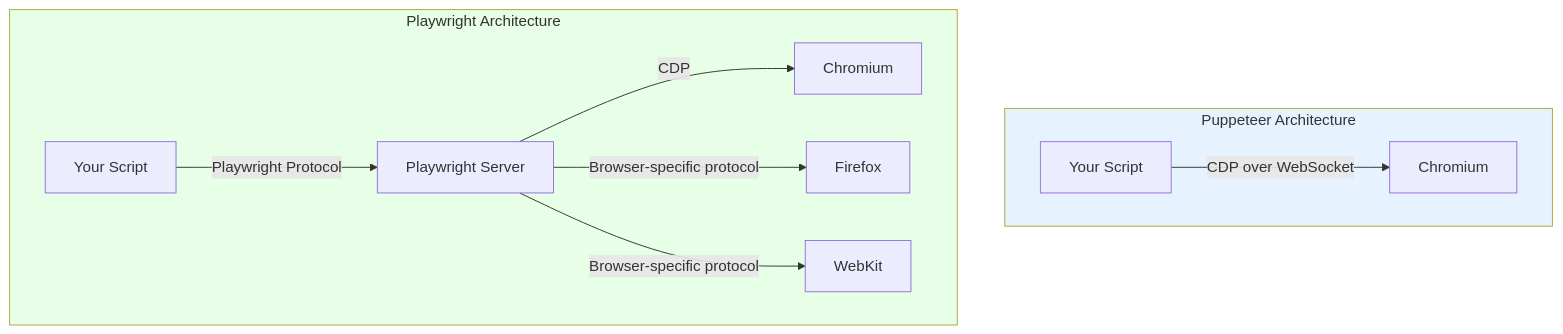
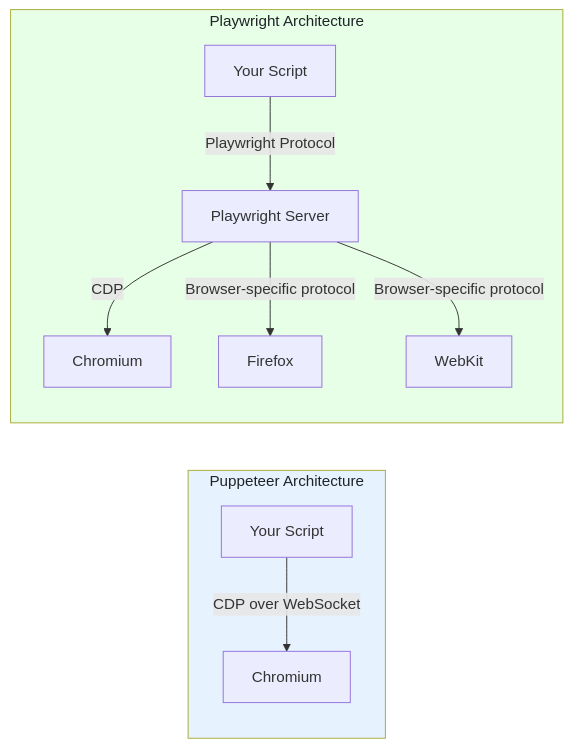
The first of 3 diagrams in _posts/2026-03-01-playwright-vs-puppeteer-speed-stealth-developer-experience.md (bytetunnels/bytetunnels.github.com), drawn with Mermaid before and after one commit. The commit also changed other lines of this file and 118 other files, not shown here.

Commit message:
feat: improve diagram styling and compact wide flowcharts

````diff
--- a/_posts/2026-03-01-playwright-vs-puppeteer-speed-stealth-developer-experience.md
+++ b/_posts/2026-03-01-playwright-vs-puppeteer-speed-stealth-developer-experience.md
@@ -21,16 +21,16 @@
 ```mermaid
-flowchart TD
+flowchart LR
     subgraph PUPPETEER["Puppeteer Architecture"]
         A["Your Script"] -->|"CDP over WebSocket"| B["Chromium"]
     end
 
     subgraph PLAYWRIGHT["Playwright Architecture"]
         C["Your Script"] -->|"Playwright Protocol"| D["Playwright Server"]
         D -->|"CDP"| E["Chromium"]
         D -->|"Browser-specific protocol"| F["Firefox"]
         D -->|"Browser-specific protocol"| G["WebKit"]
     end
 
-    style PUPPETEER fill:#e6f3ff
-    style PLAYWRIGHT fill:#e6ffe6
+    style PUPPETEER fill:#e6f3ff,color:#1f2328
+    style PLAYWRIGHT fill:#e6ffe6,color:#1f2328
 ```
````
